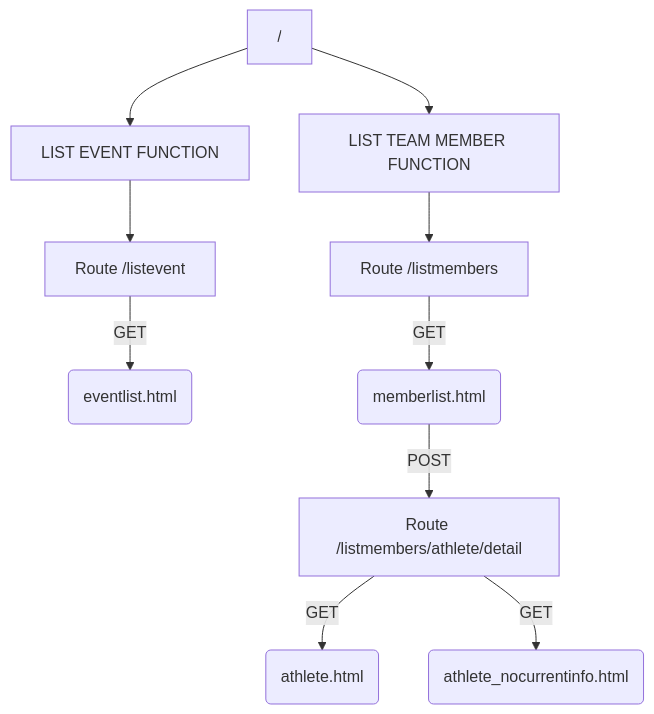
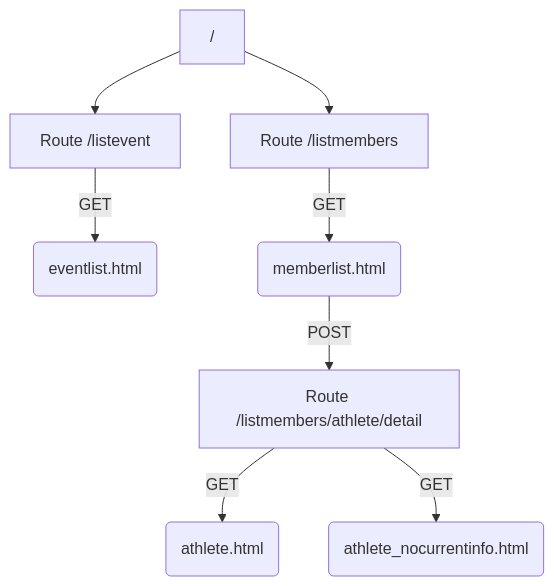
One commit to dorachenxiW/636_FinalProject changed the first of 3 diagrams in README.md. Above: the diagram before and after it, drawn with Mermaid. The commit also changed other lines of this file, not shown here.

````diff
--- a/README.md
+++ b/README.md
@@ -9,10 +7,10 @@
 ```mermaid
 graph TD;
    
-    /-->B[LIST EVENT FUNCTION]-->C[Route /listevents];
+    /-->C[Route /listevents];
     C[Route /listevent]-->|GET|D(eventlist.html);
-    /-->E[LIST TEAM MEMBER FUNCTION]-->F[Route /listmembers];
+    /-->F[Route /listmembers];
     F[Route /listmembers]-->|GET|G(memberlist.html)-->|POST|H[Route /listmembers/athlete/detail];
     H[Route /listmembers/athlete/detail]-->|GET|I(athlete.html)
     H[Route /listmembers/athlete/detail]-->|GET|J(athlete_nocurrentinfo.html)
 ```
````
